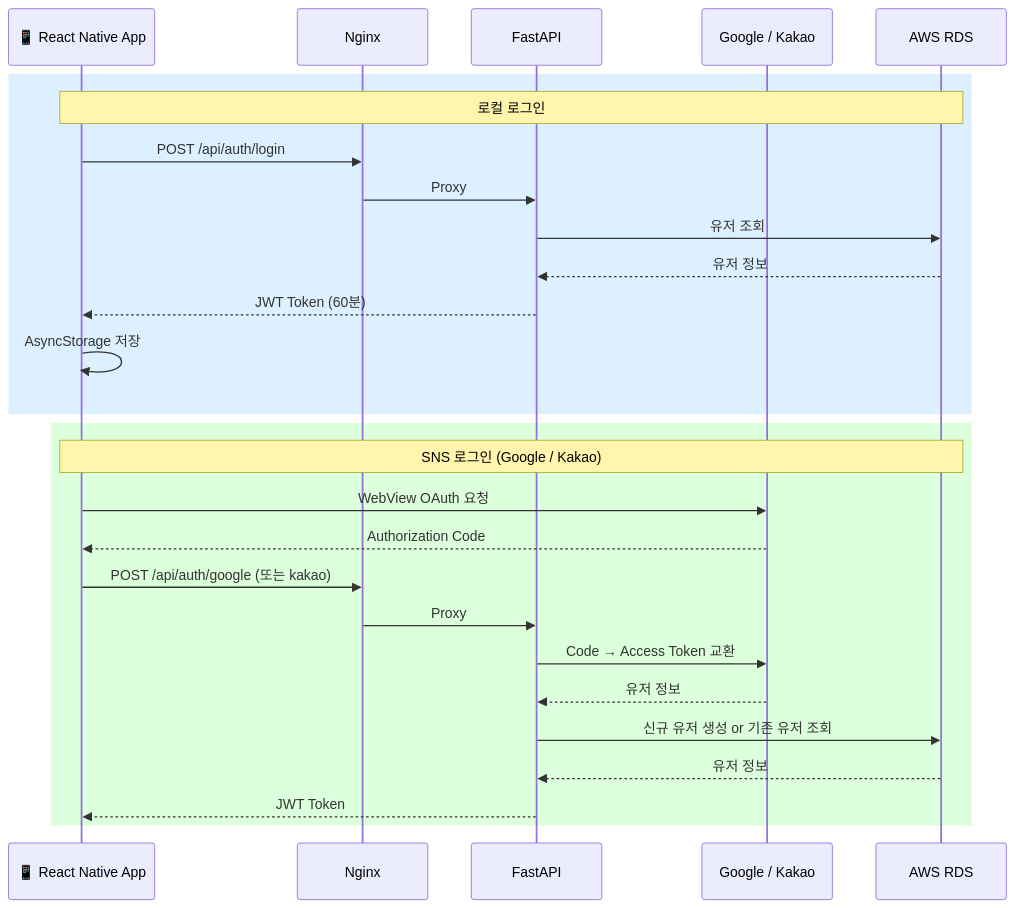
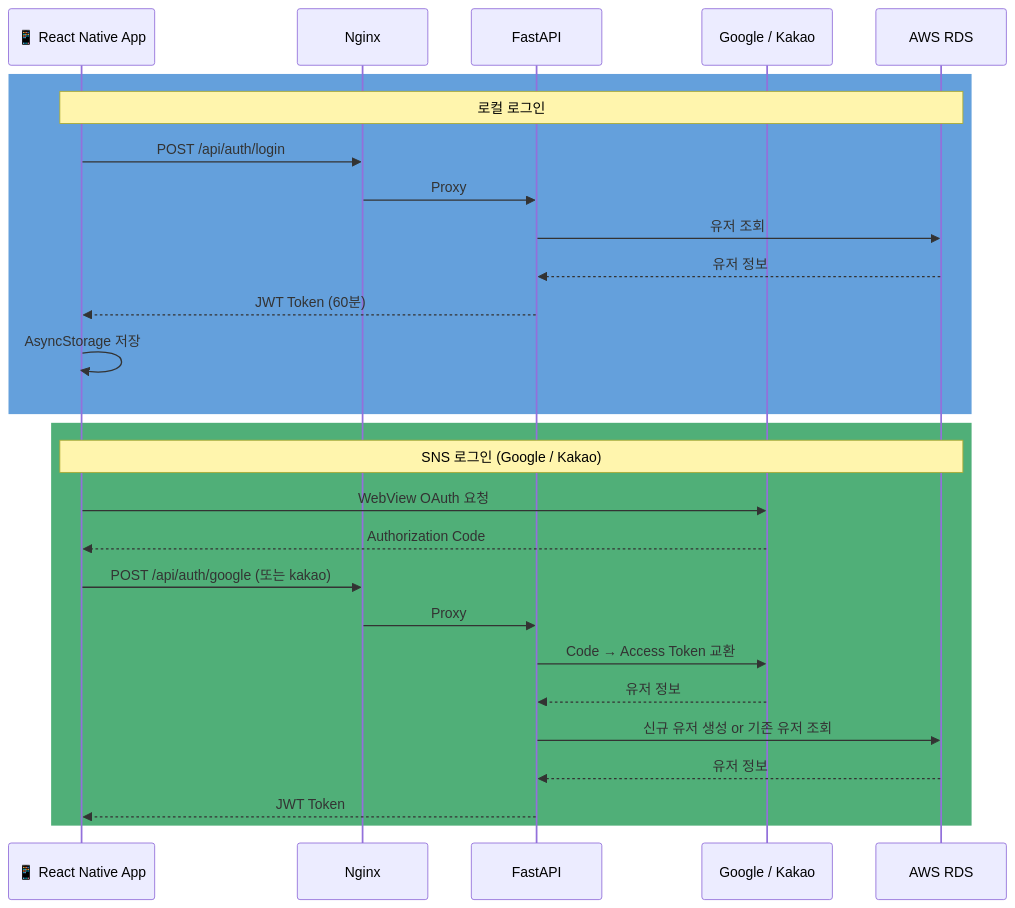
The third of 6 diagrams in README.md (ONEpic-project/ONEPIC), drawn with Mermaid before and after one commit. The commit also changed other lines of this file, not shown here.

````diff
--- a/README.md
+++ b/README.md
@@ -192,31 +192,31 @@
 ```mermaid
 sequenceDiagram
     participant APP as 📱 React Native App
     participant NGINX as Nginx
     participant API as FastAPI
     participant OAUTH as Google / Kakao
     participant DB as AWS RDS
 
-    rect rgb(220, 240, 255)
+    rect rgb(100, 160, 220)
         Note over APP,DB: 로컬 로그인
         APP->>NGINX: POST /api/auth/login
         NGINX->>API: Proxy
         API->>DB: 유저 조회
         DB-->>API: 유저 정보
         API-->>APP: JWT Token (60분)
         APP->>APP: AsyncStorage 저장
     end
 
-    rect rgb(220, 255, 220)
+    rect rgb(80, 175, 120)
         Note over APP,DB: SNS 로그인 (Google / Kakao)
         APP->>OAUTH: WebView OAuth 요청
         OAUTH-->>APP: Authorization Code
         APP->>NGINX: POST /api/auth/google (또는 kakao)
         NGINX->>API: Proxy
         API->>OAUTH: Code → Access Token 교환
         OAUTH-->>API: 유저 정보
         API->>DB: 신규 유저 생성 or 기존 유저 조회
         DB-->>API: 유저 정보
         API-->>APP: JWT Token
     end
 ```
````
